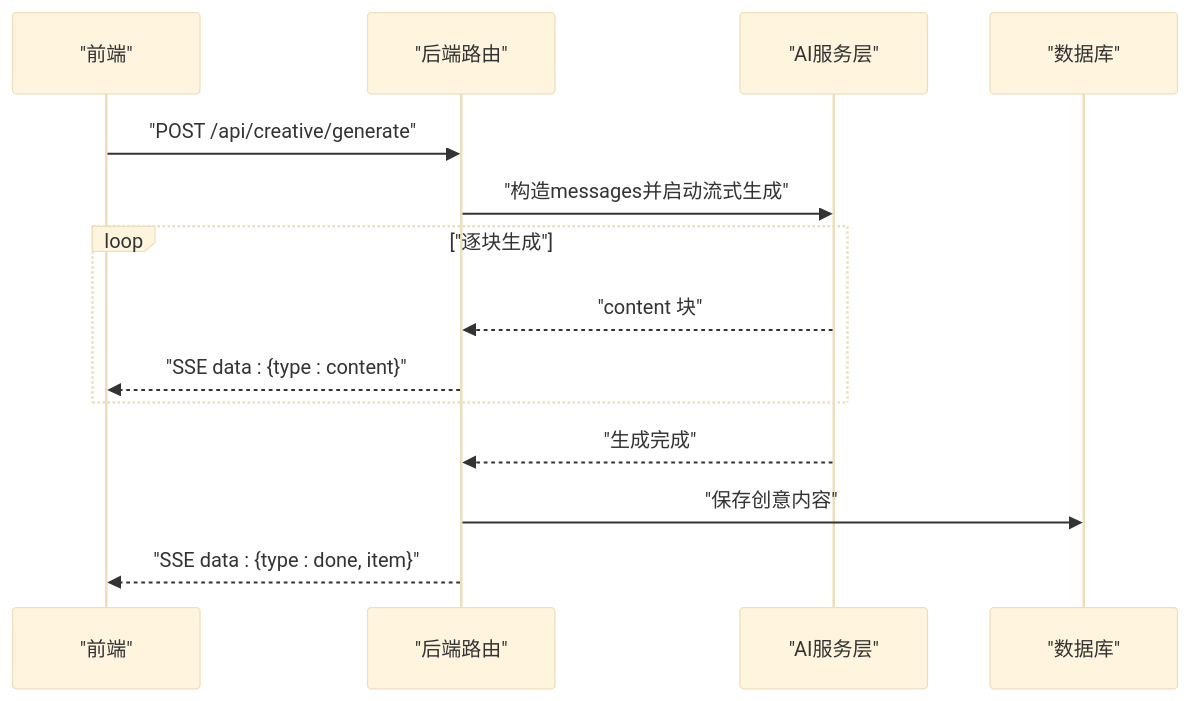
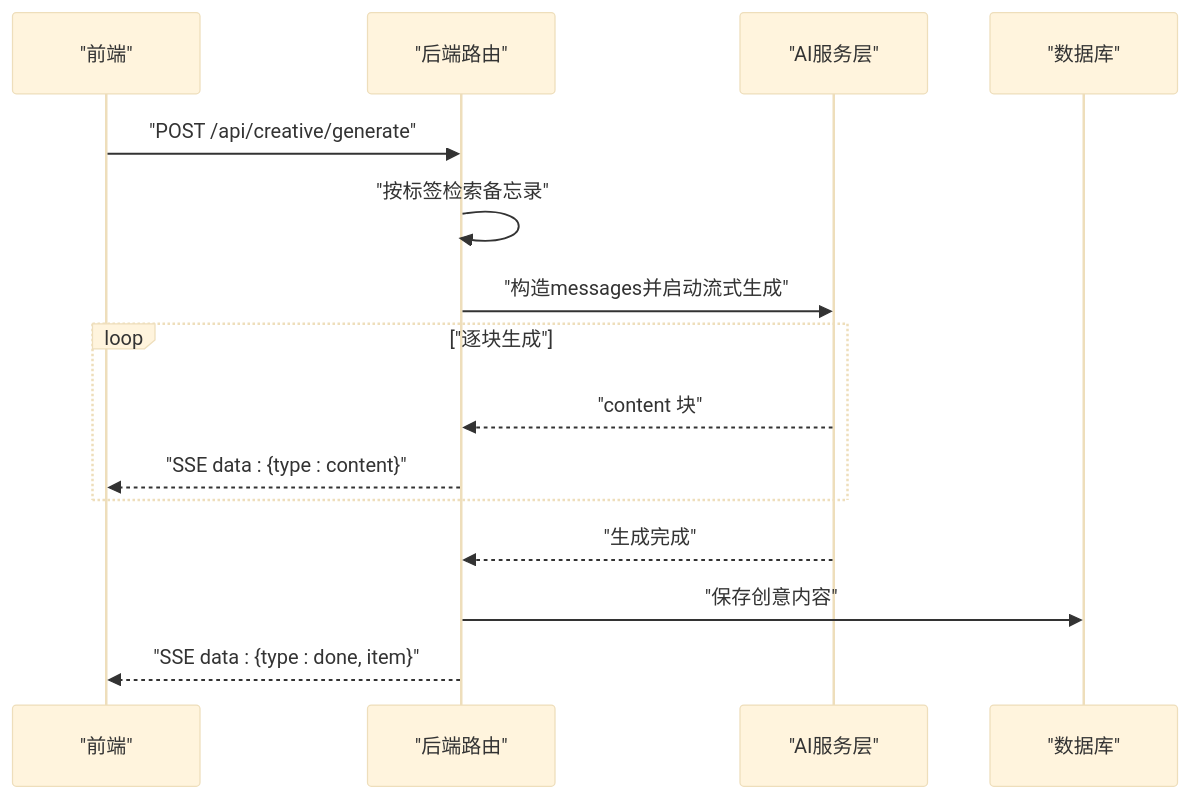
One commit to BlackBoxRecorder/memos changed the fourth of 5 diagrams in .qoder/repowiki/zh/content/API参考文档/创意写作API.md. Above: the diagram before and after it, drawn with Mermaid (base theme). The commit also changed other lines of this file and 7 other files, not shown here.

````diff
--- a/.qoder/repowiki/zh/content/API参考文档/创意写作API.md
+++ b/.qoder/repowiki/zh/content/API参考文档/创意写作API.md
@@ -233,16 +210,17 @@
 ```mermaid
 sequenceDiagram
 participant FE as "前端"
 participant API as "后端路由"
 participant AI as "AI服务层"
 participant DB as "数据库"
 FE->>API : "POST /api/creative/generate"
+API->>API : "按标签检索备忘录"
 API->>AI : "构造messages并启动流式生成"
 loop "逐块生成"
 AI-->>API : "content 块"
 API-->>FE : "SSE data : {type : content}"
 end
 AI-->>API : "生成完成"
 API->>DB : "保存创意内容"
 API-->>FE : "SSE data : {type : done, item}"
 ```
````
